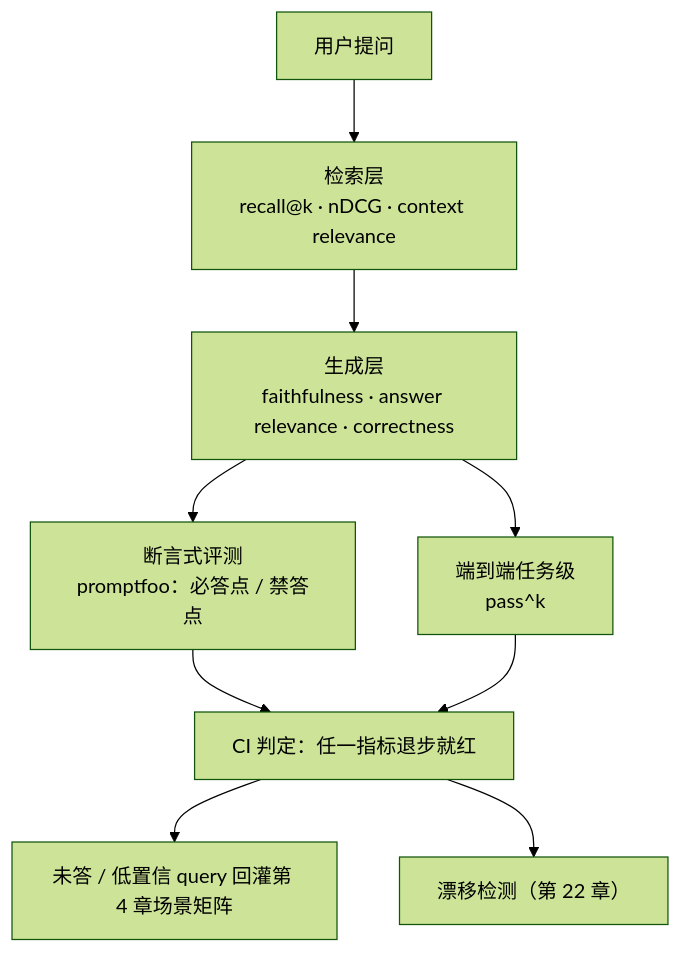
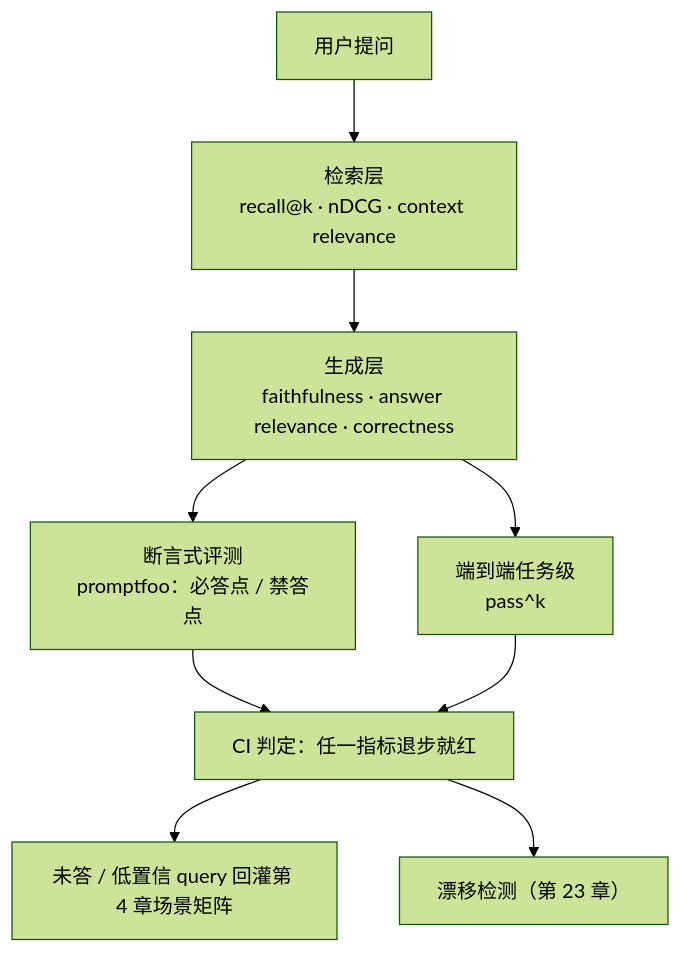
The first of 2 diagrams in book/21-eval-promptfoo/README.md (diguike/agent-knowledge-base-engineering), drawn with Mermaid (forest theme) before and after one commit. The commit also changed other lines of this file and 62 other files, not shown here.

````diff
--- a/book/21-eval-promptfoo/README.md
+++ b/book/21-eval-promptfoo/README.md
@@ -38,11 +38,11 @@
 ```mermaid
 flowchart TB
     Q["用户提问"] --> R["检索层<br/>recall@k · nDCG · context relevance"]
     R --> G["生成层<br/>faithfulness · answer relevance · correctness"]
     G --> A["断言式评测<br/>promptfoo：必答点 / 禁答点"]
     G --> P["端到端任务级<br/>pass^k"]
     A --> CI["CI 判定：任一指标退步就红"]
     P --> CI
     CI --> M["未答 / 低置信 query 回灌第 4 章场景矩阵"]
-    CI --> D["漂移检测（第 22 章）"]
+    CI --> D["漂移检测（第 23 章）"]
 ```
````
